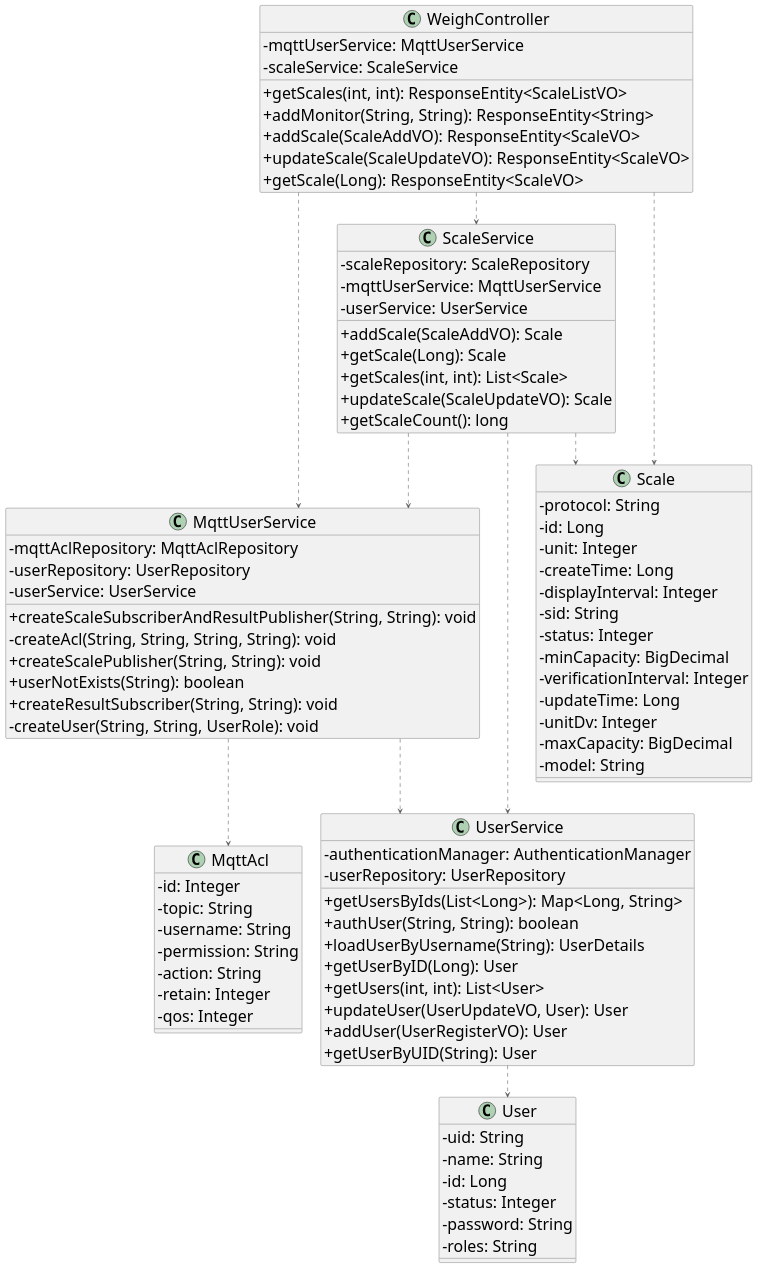
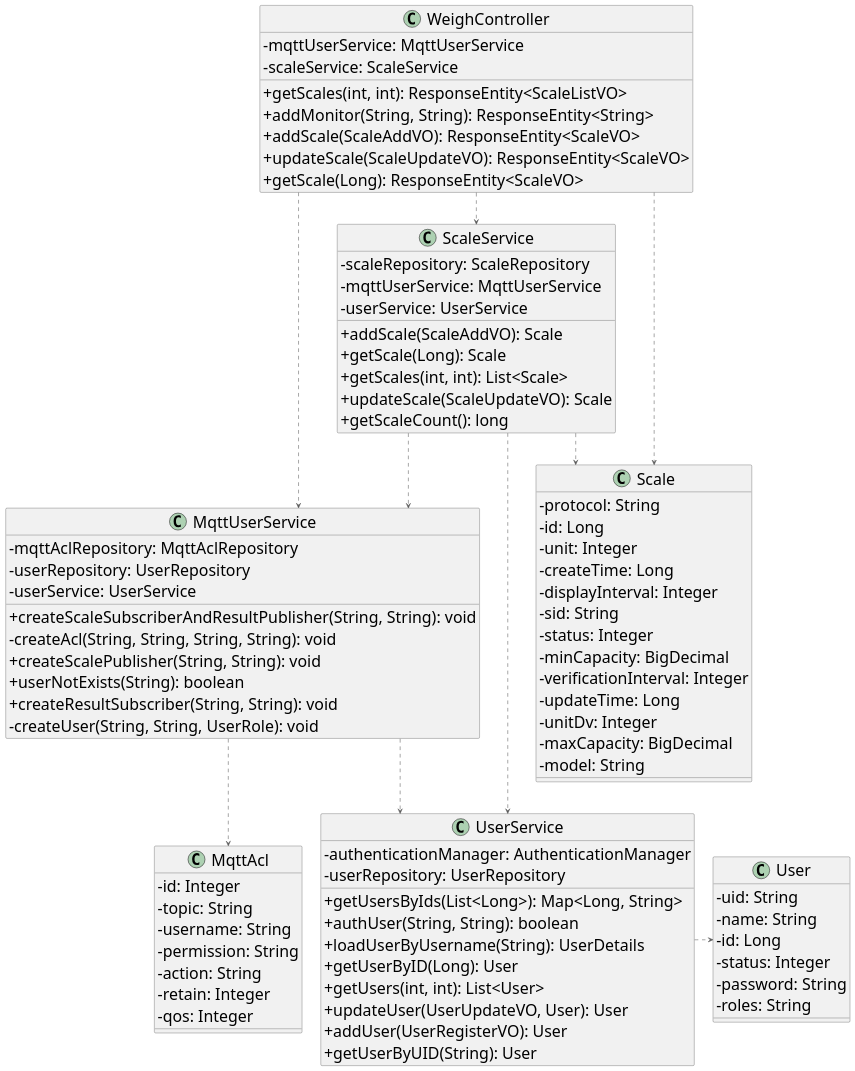
Before and after one commit to akynazh/aws: the diagram in design/电子秤管理功能类图.plantuml, drawn with PlantUML. The commit also changed 7 other files, not shown here.

```diff
--- a/design/电子秤管理功能类图.plantuml
+++ b/design/电子秤管理功能类图.plantuml
@@ -1,93 +1,93 @@
 @startuml
 
 top to bottom direction
 ' left to right direction
 skinparam linetype ortho
 skinparam classAttributeIconSize 0
 skinparam defaultFontSize 30
 
 class MqttAcl {
   - id: Integer
   - topic: String
   - username: String
   - permission: String
   - action: String
   - retain: Integer
   - qos: Integer
 }
 class MqttUserService {
   - mqttAclRepository: MqttAclRepository
   - userRepository: UserRepository
   - userService: UserService
   + createScaleSubscriberAndResultPublisher(String, String): void
   - createAcl(String, String, String, String): void
   + createScalePublisher(String, String): void
   + userNotExists(String): boolean
   + createResultSubscriber(String, String): void
   - createUser(String, String, UserRole): void
 }
 class Scale {
   - protocol: String
   - id: Long
   - unit: Integer
   - createTime: Long
   - displayInterval: Integer
   - sid: String
   - status: Integer
   - minCapacity: BigDecimal
   - verificationInterval: Integer
   - updateTime: Long
   - unitDv: Integer
   - maxCapacity: BigDecimal
   - model: String
 }
 class ScaleService {
   - scaleRepository: ScaleRepository
   - mqttUserService: MqttUserService
   - userService: UserService
   + addScale(ScaleAddVO): Scale
   + getScale(Long): Scale
   + getScales(int, int): List<Scale>
   + updateScale(ScaleUpdateVO): Scale
   + getScaleCount(): long
 }
 class User {
   - uid: String
   - name: String
   - id: Long
   - status: Integer
   - password: String
   - roles: String
 }
 class UserService {
   - authenticationManager: AuthenticationManager
   - userRepository: UserRepository
   + getUsersByIds(List<Long>): Map<Long, String>
   + authUser(String, String): boolean
   + loadUserByUsername(String): UserDetails
   + getUserByID(Long): User
   + getUsers(int, int): List<User>
   + updateUser(UserUpdateVO, User): User
   + addUser(UserRegisterVO): User
   + getUserByUID(String): User
 }
 class WeighController {
   - mqttUserService: MqttUserService
   - scaleService: ScaleService
   + getScales(int, int): ResponseEntity<ScaleListVO>
   + addMonitor(String, String): ResponseEntity<String>
   + addScale(ScaleAddVO): ResponseEntity<ScaleVO>
   + updateScale(ScaleUpdateVO): ResponseEntity<ScaleVO>
   + getScale(Long): ResponseEntity<ScaleVO>
 }
 
 MqttUserService  -[#595959,dashed]->  MqttAcl         
 MqttUserService  -[#595959,dashed]->  UserService     
 ScaleService     -[#595959,dashed]->  MqttUserService 
 ScaleService     -[#595959,dashed]->  Scale           
 ScaleService     -[#595959,dashed]->  UserService     
-UserService      -[#595959,dashed]->  User            
+UserService      -[#595959,dashed]>  User            
 WeighController  -[#595959,dashed]->  MqttUserService 
 WeighController  -[#595959,dashed]->  Scale           
 WeighController  -[#595959,dashed]->  ScaleService    
 @enduml
```
